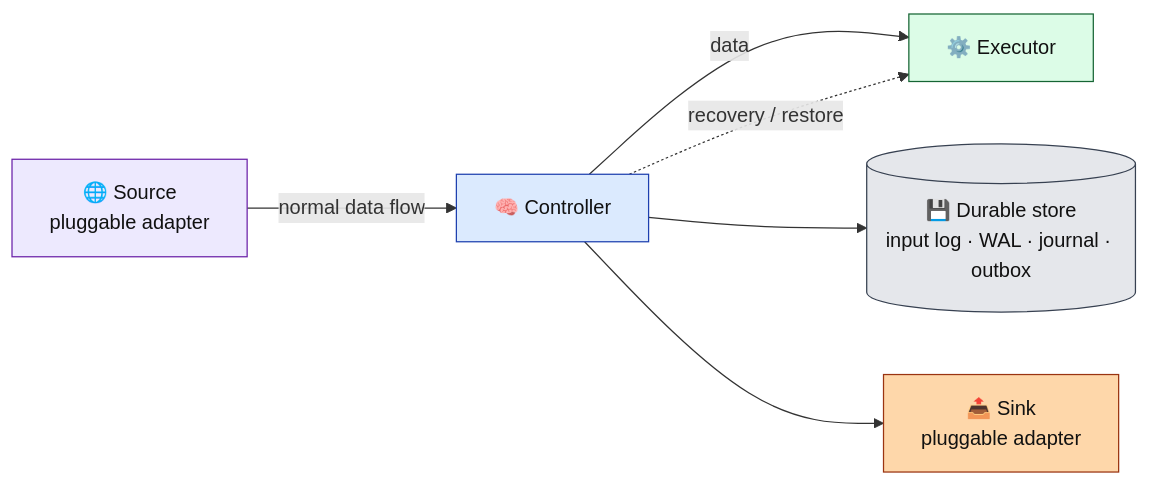
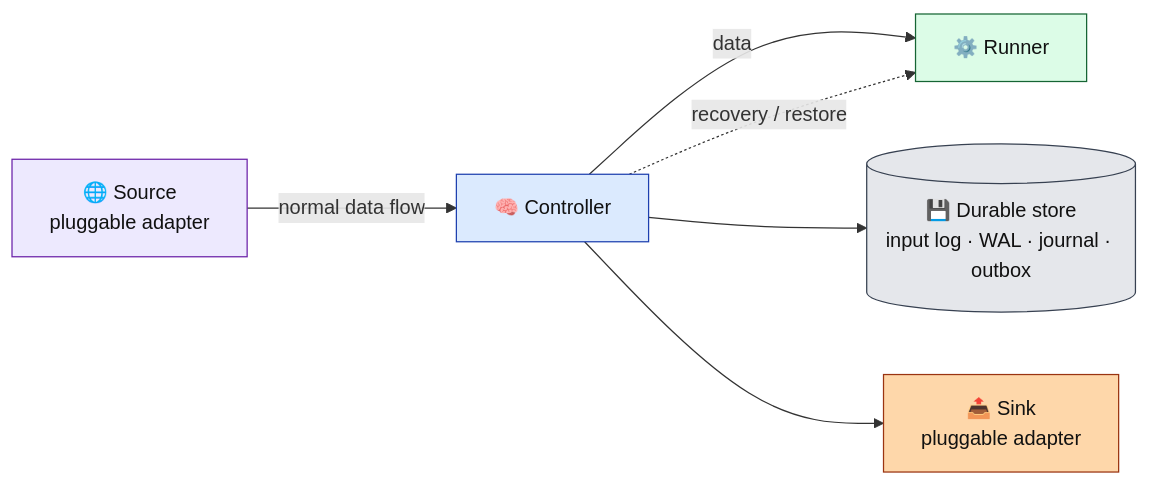
The first of 7 diagrams in docs/architecture/README.md (Flezha/flezha), drawn with Mermaid before and after one commit. The commit also changed other lines of this file and 535 other files, not shown here.

````diff
--- a/docs/architecture/README.md
+++ b/docs/architecture/README.md
@@ -65,18 +65,18 @@
 ```mermaid
 flowchart LR
     SO["🌐 Source<br/>pluggable adapter"]:::src
     C["🧠 Controller"]:::ctrl
-    E["⚙️ Executor"]:::exec
+    E["⚙️ Runner"]:::exec
     SI["📤 Sink<br/>pluggable adapter"]:::sink
     D[("💾 Durable store<br/>input log · WAL · journal · outbox")]:::store
     SO -->|"normal data flow"| C
     C -->|"data"| E
     C -.->|"recovery / restore"| E
     C --> D
     C --> SI
     classDef ctrl fill:#dbeafe,stroke:#1e40af,color:#111
     classDef exec fill:#dcfce7,stroke:#166534,color:#111
     classDef sink fill:#fed7aa,stroke:#9a3412,color:#111
     classDef src fill:#ede9fe,stroke:#6b21a8,color:#111
     classDef store fill:#e5e7eb,stroke:#374151,color:#111
 ```
````
